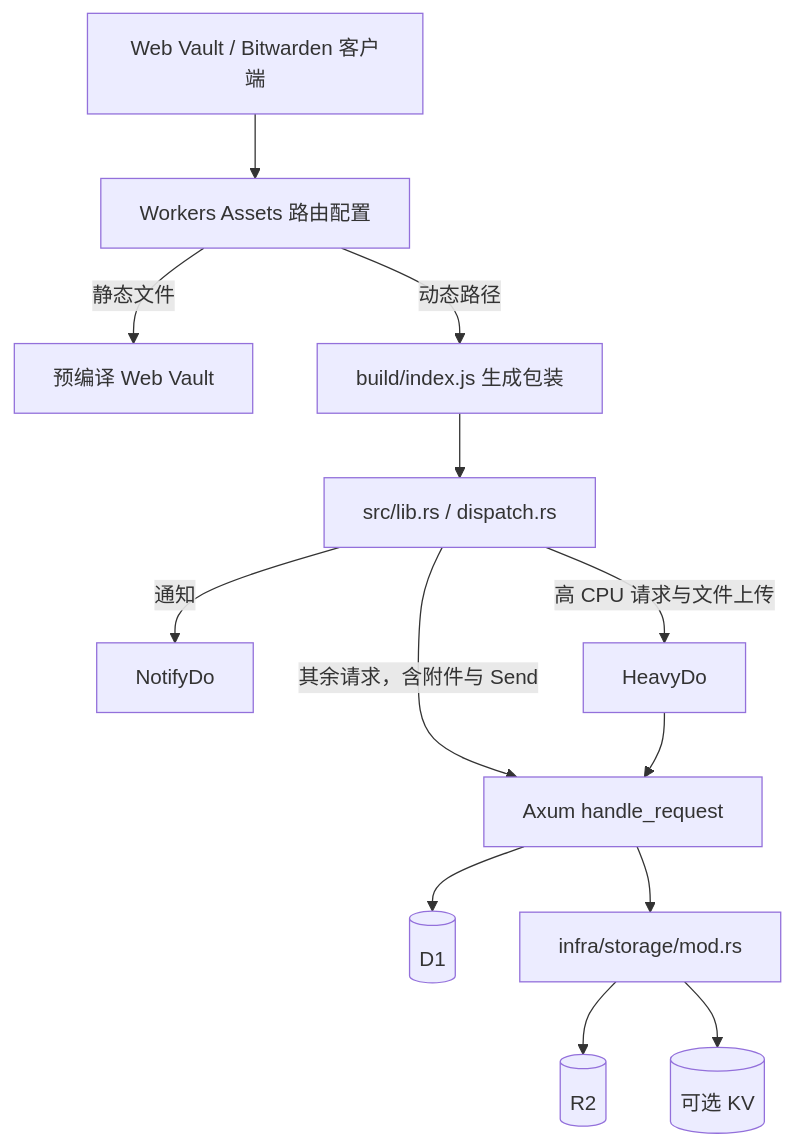
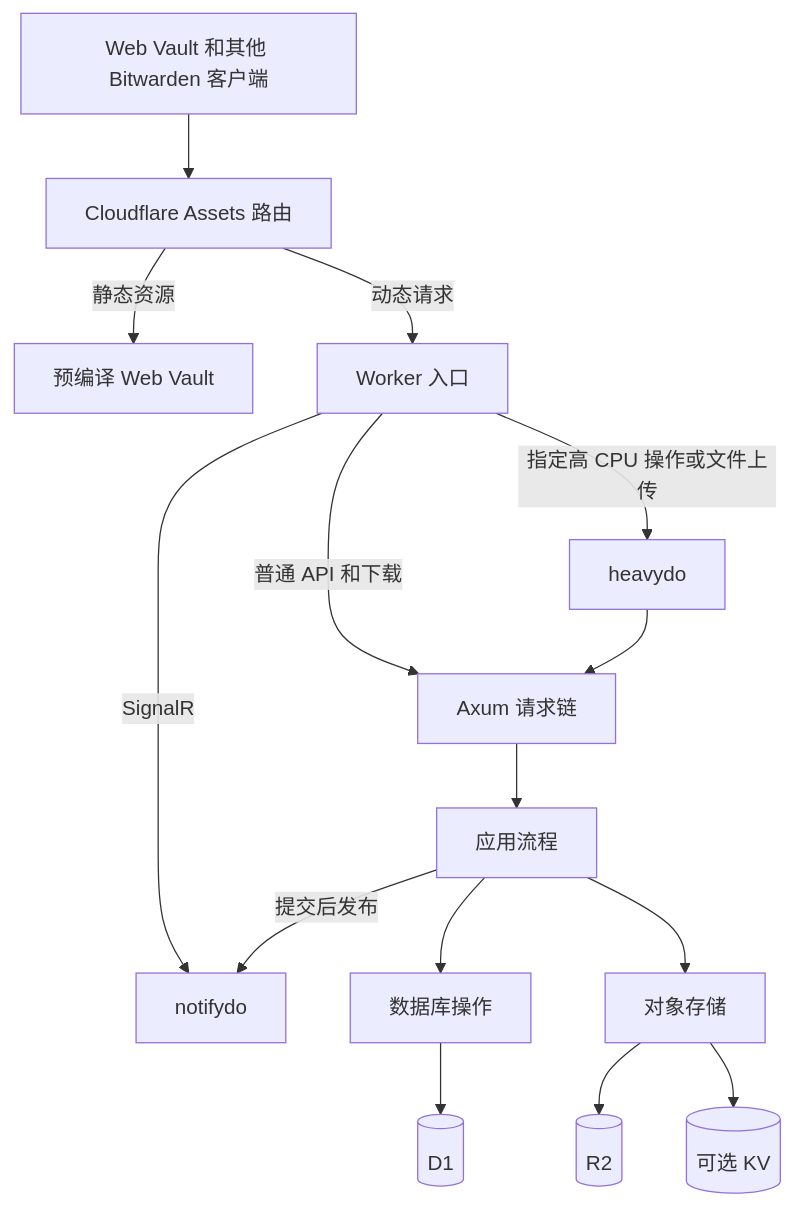
Before and after one commit to VainJoker/raywarden: the diagram in docs/architecture.md, drawn with Mermaid. The commit also changed other lines of this file and 233 other files, not shown here.

````diff
--- a/docs/architecture.md
+++ b/docs/architecture.md
@@ -21,15 +7,17 @@
 ```mermaid
 flowchart TD
-    Client[Web Vault / Bitwarden 客户端] --> Routing[Workers Assets 路由配置]
-    Routing -->|静态文件| Assets[预编译 Web Vault]
-    Routing -->|动态路径| Generated[build/index.js 生成包装]
-    Generated --> Entry[src/lib.rs / dispatch.rs]
-    Entry -->|通知| Notify[NotifyDo]
-    Entry -->|高 CPU 请求与文件上传| Heavy[HeavyDo]
-    Entry -->|其余请求，含附件与 Send| API[Axum handle_request]
-    Heavy --> API
-    API --> D1[(D1)]
-    API --> Storage[infra/storage/mod.rs]
+    Client[Web Vault 和其他 Bitwarden 客户端] --> Assets[Cloudflare Assets 路由]
+    Assets -->|静态资源| WebVault[预编译 Web Vault]
+    Assets -->|动态请求| Worker[Worker 入口]
+    Worker -->|SignalR| Notify[notifydo]
+    Worker -->|指定高 CPU 操作或文件上传| Heavy[heavydo]
+    Worker -->|普通 API 和下载| Axum[Axum 请求链]
+    Heavy --> Axum
+    Axum --> Service[应用流程]
+    Service --> Models[数据库操作]
+    Models --> D1[(D1)]
+    Service --> Storage[对象存储]
     Storage --> R2[(R2)]
     Storage --> KV[(可选 KV)]
+    Service -->|提交后发布| Notify
 ```
````
